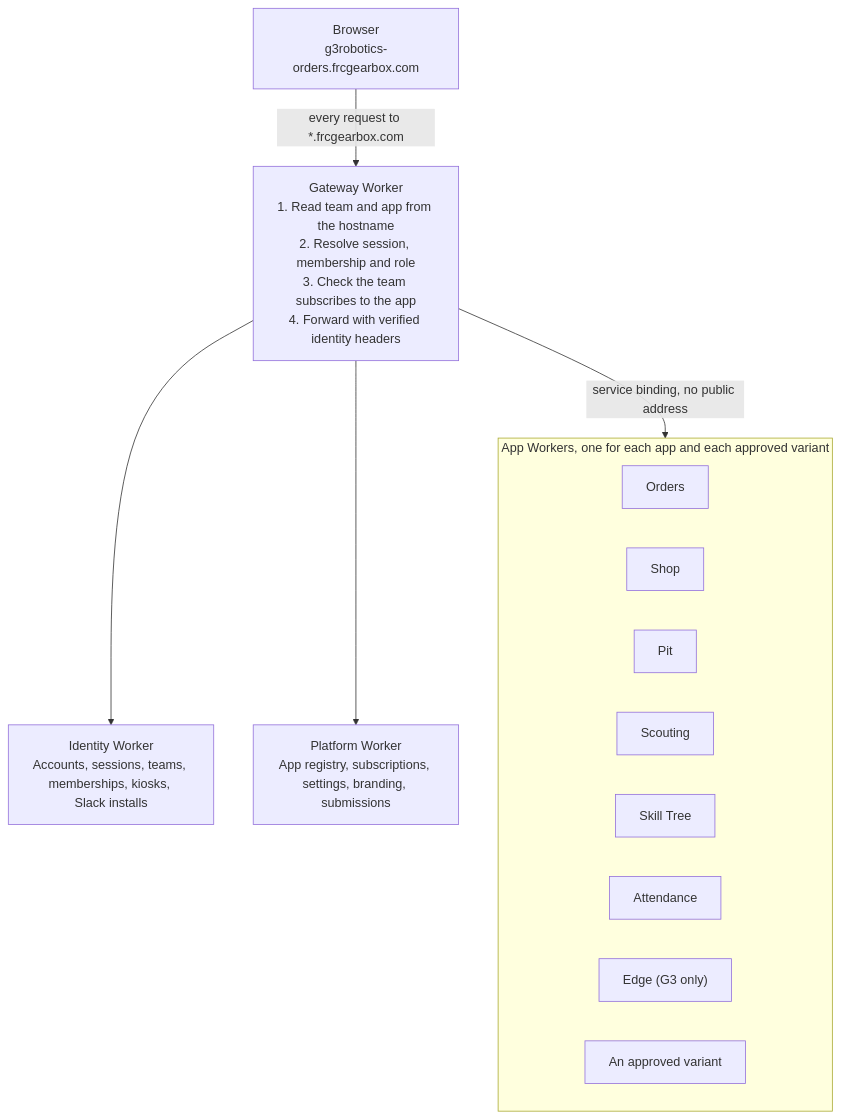
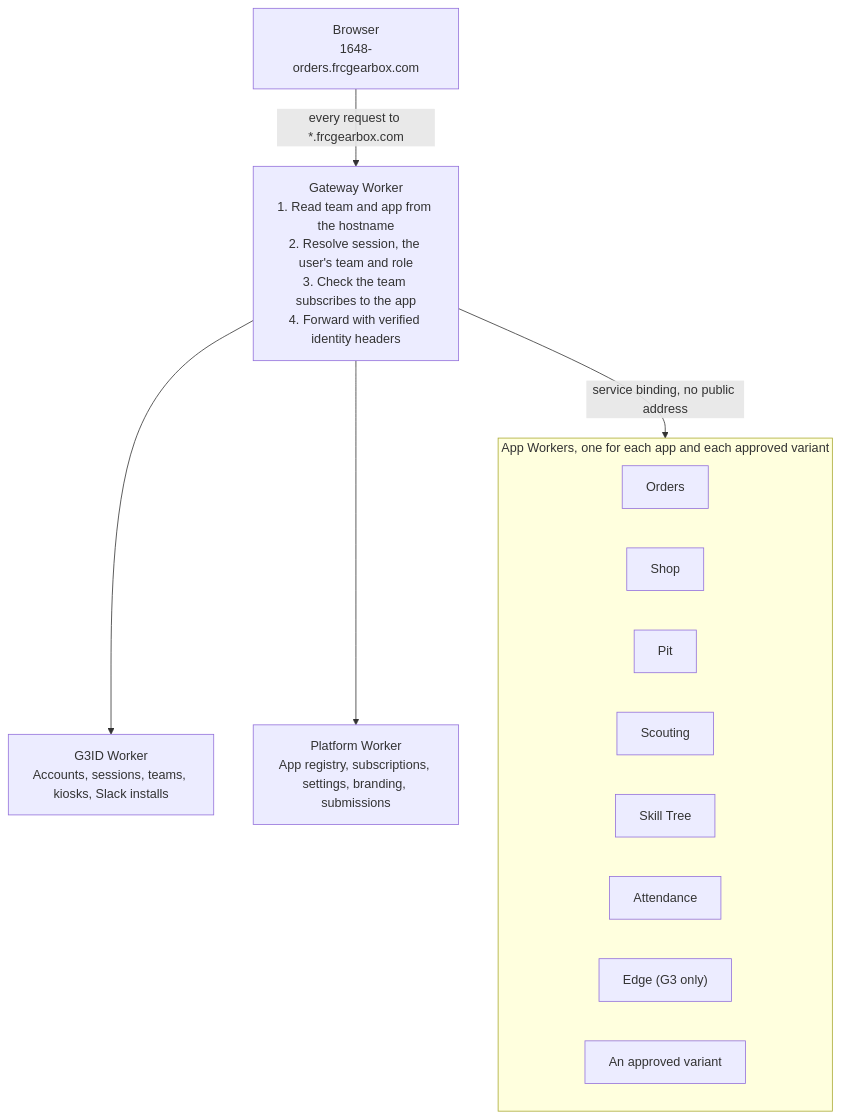
One commit to midtownrobotics/Gearbox changed the second of 2 diagrams in docs/roadmap/roadmap.md. Above: the diagram before and after it, drawn with Mermaid. The commit also changed other lines of this file and 133 other files, not shown here.

First line of the commit message:
Tenancy core: teams, team-aware gateway, sign-in and Slack per team, team sign-up (#142)

````diff
--- a/docs/roadmap/roadmap.md
+++ b/docs/roadmap/roadmap.md
@@ -120,18 +129,18 @@
 ```mermaid
 flowchart TD
-  B["Browser<br/>g3robotics-orders.frcgearbox.com"] -- "every request to *.frcgearbox.com" --> G["Gateway Worker<br/>1. Read team and app from the hostname<br/>2. Resolve session, membership and role<br/>3. Check the team subscribes to the app<br/>4. Forward with verified identity headers"]
-  G --> I["Identity Worker<br/>Accounts, sessions, teams, memberships, kiosks, Slack installs"]
+  B["Browser<br/>1648-orders.frcgearbox.com"] -- "every request to *.frcgearbox.com" --> G["Gateway Worker<br/>1. Read team and app from the hostname<br/>2. Resolve session, the user's team and role<br/>3. Check the team subscribes to the app<br/>4. Forward with verified identity headers"]
+  G --> I["G3ID Worker<br/>Accounts, sessions, teams, kiosks, Slack installs"]
   G --> P["Platform Worker<br/>App registry, subscriptions, settings, branding, submissions"]
   G -- "service binding, no public address" --> A
   subgraph A["App Workers, one for each app and each approved variant"]
     direction LR
     Orders
     Shop
     Pit
     Scouting
     SkillTree["Skill Tree"]
     Attendance
     Edge["Edge (G3 only)"]
     Variant["An approved variant"]
   end
 ```
````
